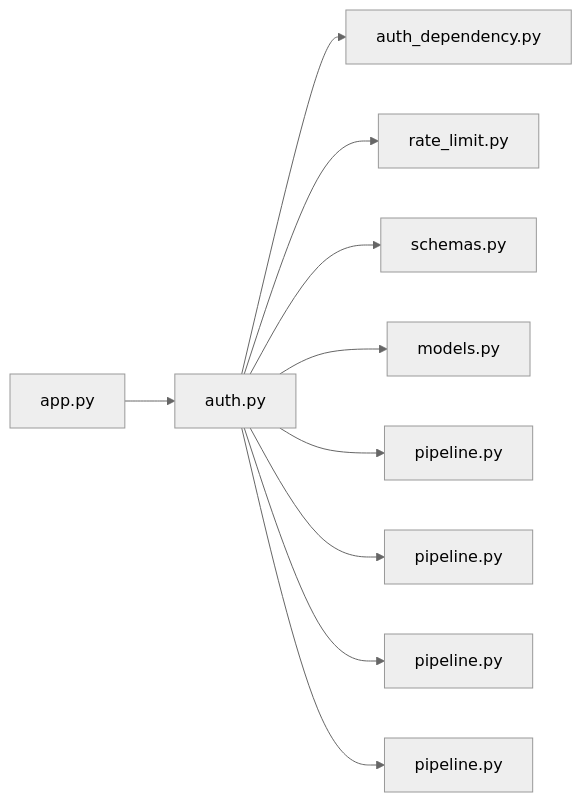
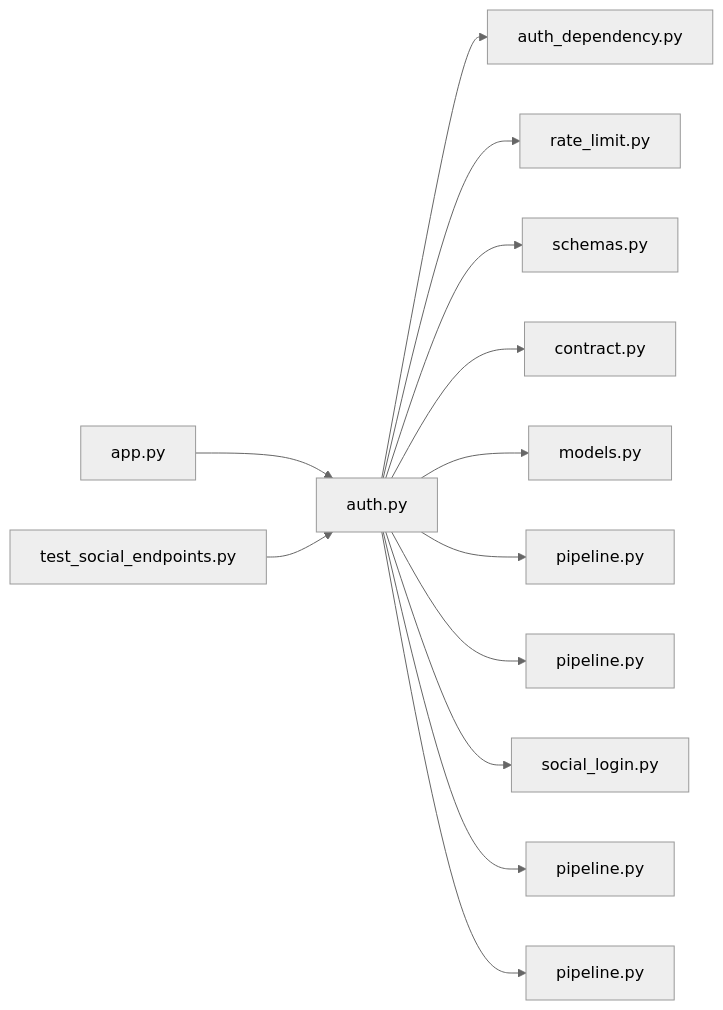
Before and after one commit to minkong-dev/Banblit: the diagram in .cluedoc/graph/backend/src/backend/api/routers/auth.md, drawn with Mermaid (neutral theme). The commit also changed other lines of this file and 29 other files, not shown here.

````diff
--- a/.cluedoc/graph/backend/src/backend/api/routers/auth.md
+++ b/.cluedoc/graph/backend/src/backend/api/routers/auth.md
@@ -10,13 +10,16 @@
 ```mermaid
 flowchart LR
   backend_src_backend_api_routers_auth["auth.py"]
   backend_src_backend_api_routers_auth --> backend_src_backend_api_auth_dependency["auth_dependency.py"]
   backend_src_backend_api_routers_auth --> backend_src_backend_api_rate_limit["rate_limit.py"]
   backend_src_backend_api_routers_auth --> backend_src_backend_api_schemas["schemas.py"]
+  backend_src_backend_api_routers_auth --> backend_src_backend_contract["contract.py"]
   backend_src_backend_api_routers_auth --> backend_src_backend_db_models["models.py"]
   backend_src_backend_api_routers_auth --> backend_src_backend_db_pipeline["pipeline.py"]
   backend_src_backend_api_routers_auth --> backend_src_backend_services_auth_pipeline["pipeline.py"]
+  backend_src_backend_api_routers_auth --> backend_src_backend_services_auth_social_login["social_login.py"]
   backend_src_backend_api_routers_auth --> backend_src_backend_services_permission_pipeline["pipeline.py"]
   backend_src_backend_api_routers_auth --> backend_src_backend_services_roster_pipeline["pipeline.py"]
   backend_src_backend_api_app["app.py"] --> backend_src_backend_api_routers_auth
+  backend_tests_integration_db_test_social_endpoints["test_social_endpoints.py"] --> backend_src_backend_api_routers_auth
 ```
````
